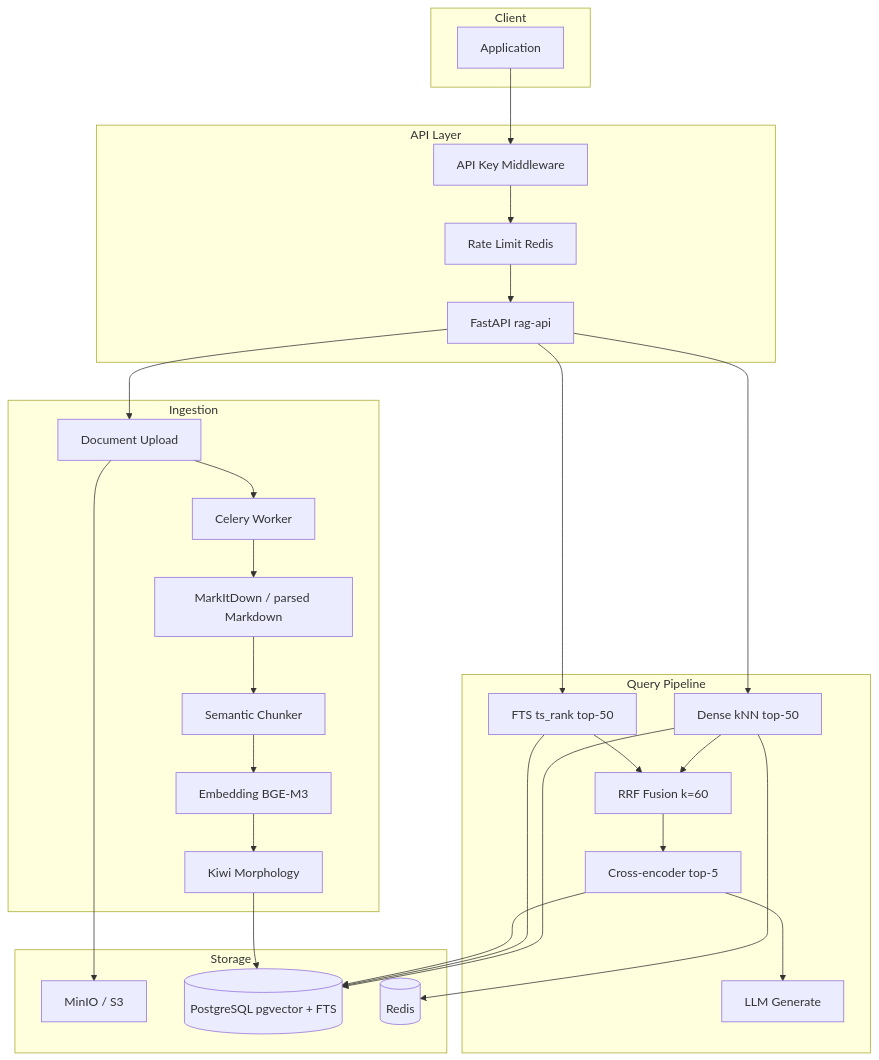
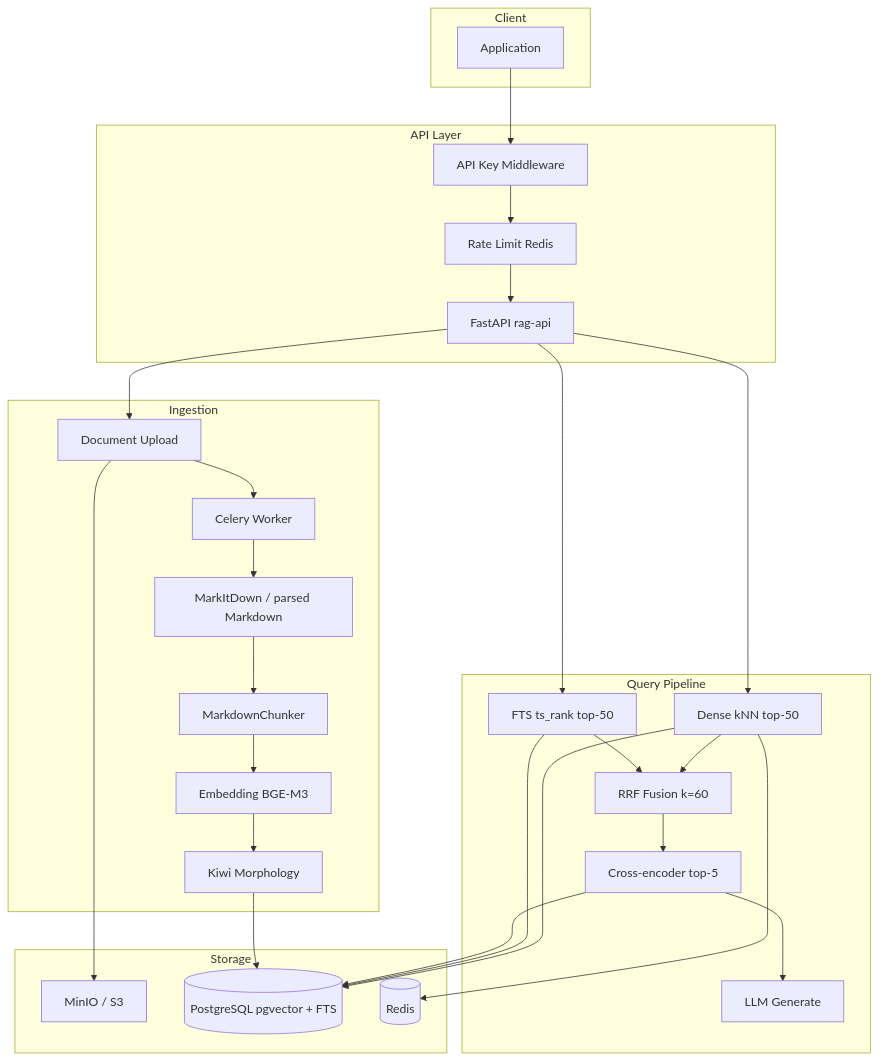
Before and after one commit to santarosalia/rag: the first of 2 diagrams in doc/ARCHITECTURE.md, drawn with Mermaid. The commit also changed other lines of this file and 11 other files, not shown here.

````diff
--- a/doc/ARCHITECTURE.md
+++ b/doc/ARCHITECTURE.md
@@ -7,52 +7,52 @@
 ```mermaid
 flowchart TB
   subgraph client [Client]
     App[Application]
   end
 
   subgraph api_layer [API Layer]
     FastAPI[FastAPI rag-api]
     Auth[API Key Middleware]
     RateLimit[Rate Limit Redis]
   end
 
   subgraph ingest [Ingestion]
     Upload[Document Upload]
     MD[MarkItDown / parsed Markdown]
-    Chunker[Semantic Chunker]
+    Chunker[MarkdownChunker]
     EmbedWorker[Embedding BGE-M3]
     MorphWorker[Kiwi Morphology]
     CeleryWorker[Celery Worker]
   end
 
   subgraph storage [Storage]
     S3[MinIO / S3]
     PG[(PostgreSQL pgvector + FTS)]
     Redis[(Redis)]
   end
 
   subgraph query [Query Pipeline]
     Dense[Dense kNN top-50]
     Sparse[FTS ts_rank top-50]
     RRF[RRF Fusion k=60]
     Rerank[Cross-encoder top-5]
     LLM[LLM Generate]
   end
 
   App --> Auth --> RateLimit --> FastAPI
   FastAPI --> Upload
   Upload --> S3
   Upload --> CeleryWorker
   CeleryWorker --> MD --> Chunker --> EmbedWorker
   EmbedWorker --> MorphWorker --> PG
 
   FastAPI --> Dense
   FastAPI --> Sparse
   Dense --> PG
   Sparse --> PG
   Dense --> RRF
   Sparse --> RRF
   RRF --> Rerank --> LLM
   Rerank --> PG
   Dense --> Redis
 ```
````
